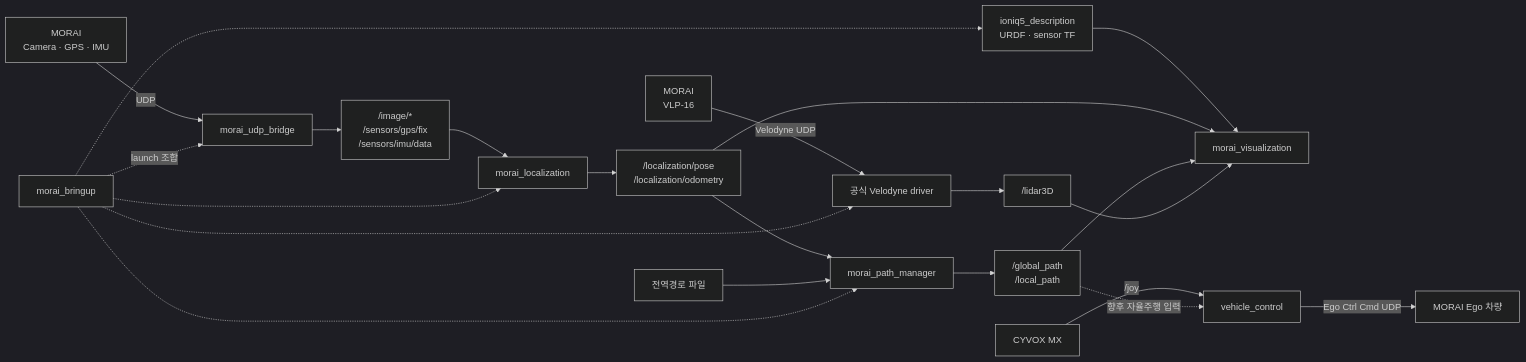
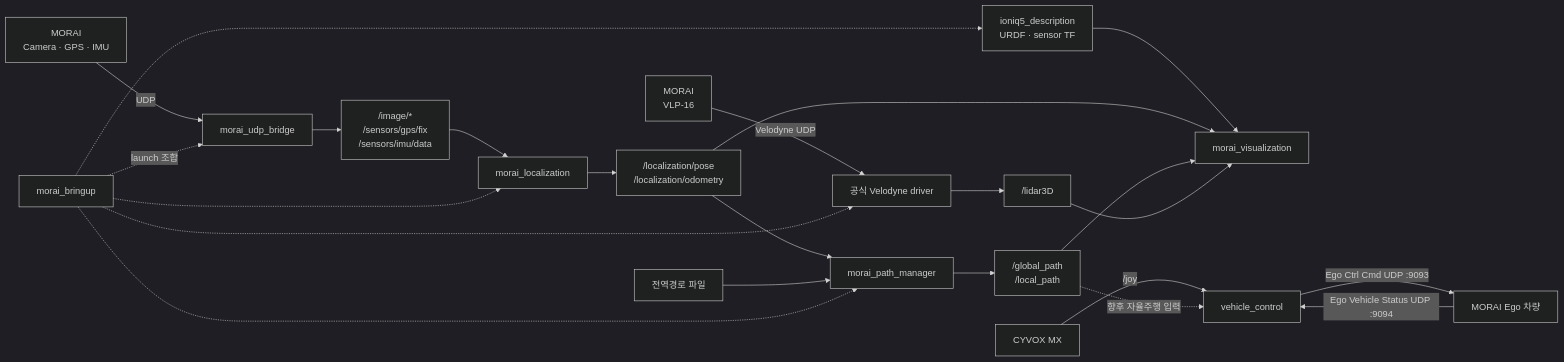
The diagram in README.md (suhyeon01004-hongik/Temp_ws), drawn with Mermaid (dark theme) before and after one commit. The commit also changed other lines of this file and 9 other files, not shown here.

````diff
--- a/README.md
+++ b/README.md
@@ -24,27 +24,28 @@
 ```mermaid
 flowchart LR
     SIM1["MORAI<br/>Camera · GPS · IMU"] -->|UDP| UDP["morai_udp_bridge"]
     SIM2["MORAI<br/>VLP-16"] -->|Velodyne UDP| VEL["공식 Velodyne driver"]
 
     UDP --> RAW["/image/*<br/>/sensors/gps/fix<br/>/sensors/imu/data"]
     RAW --> LOC["morai_localization"]
     LOC --> POSE["/localization/pose<br/>/localization/odometry"]
     POSE --> PATH["morai_path_manager"]
     ROUTE["전역경로 파일"] --> PATH
     PATH --> PATH_TOPIC["/global_path<br/>/local_path"]
 
     DESC["ioniq5_description<br/>URDF · sensor TF"] --> VIZ["morai_visualization"]
     POSE --> VIZ
     PATH_TOPIC --> VIZ
     VEL --> CLOUD["/lidar3D"]
     CLOUD --> VIZ
 
     JOY["CYVOX MX"] -->|/joy| CTRL["vehicle_control"]
-    CTRL -->|Ego Ctrl Cmd UDP| SIM3["MORAI Ego 차량"]
+    CTRL -->|Ego Ctrl Cmd UDP :9093| SIM3["MORAI Ego 차량"]
+    SIM3 -->|Ego Vehicle Status UDP :9094| CTRL
     PATH_TOPIC -. "향후 자율주행 입력" .-> CTRL
     BRINGUP["morai_bringup"] -. "launch 조합" .-> UDP
     BRINGUP -.-> LOC
     BRINGUP -.-> PATH
     BRINGUP -.-> DESC
     BRINGUP -.-> VEL
 ```
````
